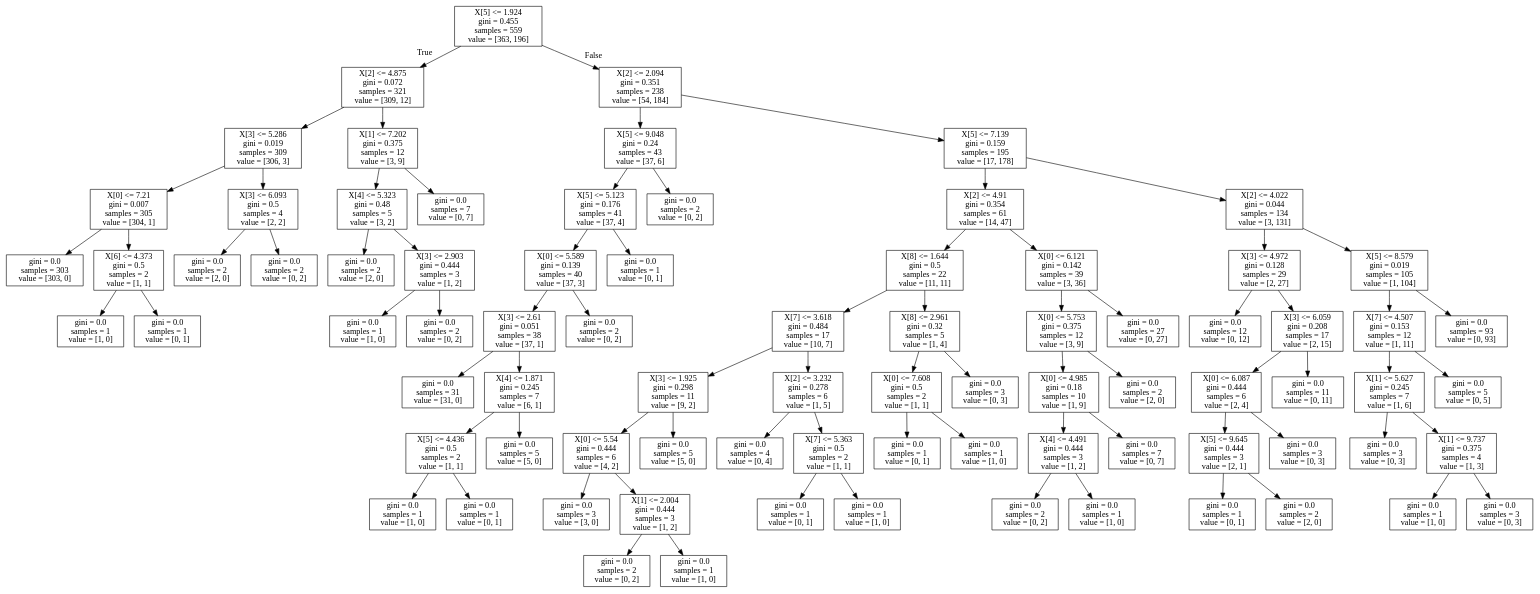
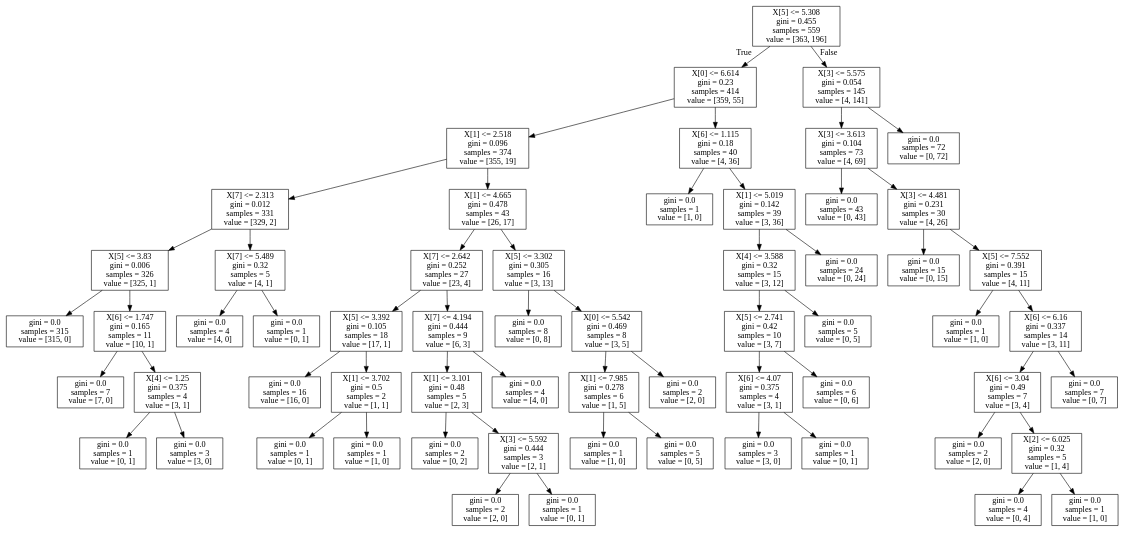
Before and after one commit to bradreardon/cs4641-supervised-learning: the diagram in out/decision_tree_pruning/breastcancer-noprune.dot, drawn with Graphviz. The commit also changed 24 other files, not shown here.

```diff
--- a/out/decision_tree_pruning/breastcancer-noprune.dot
+++ b/out/decision_tree_pruning/breastcancer-noprune.dot
@@ -1,164 +1,124 @@
 digraph Tree {
 node [shape=box] ;
-0 [label="X[5] <= 1.924\ngini = 0.455\nsamples = 559\nvalue = [363, 196]"] ;
-1 [label="X[2] <= 4.875\ngini = 0.072\nsamples = 321\nvalue = [309, 12]"] ;
+0 [label="X[5] <= 5.308\ngini = 0.455\nsamples = 559\nvalue = [363, 196]"] ;
+1 [label="X[0] <= 6.614\ngini = 0.23\nsamples = 414\nvalue = [359, 55]"] ;
 0 -> 1 [labeldistance=2.5, labelangle=45, headlabel="True"] ;
-2 [label="X[3] <= 5.286\ngini = 0.019\nsamples = 309\nvalue = [306, 3]"] ;
+2 [label="X[1] <= 2.518\ngini = 0.096\nsamples = 374\nvalue = [355, 19]"] ;
 1 -> 2 ;
-3 [label="X[0] <= 7.21\ngini = 0.007\nsamples = 305\nvalue = [304, 1]"] ;
+3 [label="X[7] <= 2.313\ngini = 0.012\nsamples = 331\nvalue = [329, 2]"] ;
 2 -> 3 ;
-4 [label="gini = 0.0\nsamples = 303\nvalue = [303, 0]"] ;
+4 [label="X[5] <= 3.83\ngini = 0.006\nsamples = 326\nvalue = [325, 1]"] ;
 3 -> 4 ;
-5 [label="X[6] <= 4.373\ngini = 0.5\nsamples = 2\nvalue = [1, 1]"] ;
-3 -> 5 ;
-6 [label="gini = 0.0\nsamples = 1\nvalue = [1, 0]"] ;
-5 -> 6 ;
-7 [label="gini = 0.0\nsamples = 1\nvalue = [0, 1]"] ;
-5 -> 7 ;
-8 [label="X[3] <= 6.093\ngini = 0.5\nsamples = 4\nvalue = [2, 2]"] ;
-2 -> 8 ;
-9 [label="gini = 0.0\nsamples = 2\nvalue = [2, 0]"] ;
+5 [label="gini = 0.0\nsamples = 315\nvalue = [315, 0]"] ;
+4 -> 5 ;
+6 [label="X[6] <= 1.747\ngini = 0.165\nsamples = 11\nvalue = [10, 1]"] ;
+4 -> 6 ;
+7 [label="gini = 0.0\nsamples = 7\nvalue = [7, 0]"] ;
+6 -> 7 ;
+8 [label="X[4] <= 1.25\ngini = 0.375\nsamples = 4\nvalue = [3, 1]"] ;
+6 -> 8 ;
+9 [label="gini = 0.0\nsamples = 1\nvalue = [0, 1]"] ;
 8 -> 9 ;
-10 [label="gini = 0.0\nsamples = 2\nvalue = [0, 2]"] ;
+10 [label="gini = 0.0\nsamples = 3\nvalue = [3, 0]"] ;
 8 -> 10 ;
-11 [label="X[1] <= 7.202\ngini = 0.375\nsamples = 12\nvalue = [3, 9]"] ;
-1 -> 11 ;
-12 [label="X[4] <= 5.323\ngini = 0.48\nsamples = 5\nvalue = [3, 2]"] ;
+11 [label="X[7] <= 5.489\ngini = 0.32\nsamples = 5\nvalue = [4, 1]"] ;
+3 -> 11 ;
+12 [label="gini = 0.0\nsamples = 4\nvalue = [4, 0]"] ;
 11 -> 12 ;
-13 [label="gini = 0.0\nsamples = 2\nvalue = [2, 0]"] ;
-12 -> 13 ;
-14 [label="X[3] <= 2.903\ngini = 0.444\nsamples = 3\nvalue = [1, 2]"] ;
-12 -> 14 ;
-15 [label="gini = 0.0\nsamples = 1\nvalue = [1, 0]"] ;
+13 [label="gini = 0.0\nsamples = 1\nvalue = [0, 1]"] ;
+11 -> 13 ;
+14 [label="X[1] <= 4.665\ngini = 0.478\nsamples = 43\nvalue = [26, 17]"] ;
+2 -> 14 ;
+15 [label="X[7] <= 2.642\ngini = 0.252\nsamples = 27\nvalue = [23, 4]"] ;
 14 -> 15 ;
-16 [label="gini = 0.0\nsamples = 2\nvalue = [0, 2]"] ;
-14 -> 16 ;
-17 [label="gini = 0.0\nsamples = 7\nvalue = [0, 7]"] ;
-11 -> 17 ;
-18 [label="X[2] <= 2.094\ngini = 0.351\nsamples = 238\nvalue = [54, 184]"] ;
-0 -> 18 [labeldistance=2.5, labelangle=-45, headlabel="False"] ;
-19 [label="X[5] <= 9.048\ngini = 0.24\nsamples = 43\nvalue = [37, 6]"] ;
+16 [label="X[5] <= 3.392\ngini = 0.105\nsamples = 18\nvalue = [17, 1]"] ;
+15 -> 16 ;
+17 [label="gini = 0.0\nsamples = 16\nvalue = [16, 0]"] ;
+16 -> 17 ;
+18 [label="X[1] <= 3.702\ngini = 0.5\nsamples = 2\nvalue = [1, 1]"] ;
+16 -> 18 ;
+19 [label="gini = 0.0\nsamples = 1\nvalue = [0, 1]"] ;
 18 -> 19 ;
-20 [label="X[5] <= 5.123\ngini = 0.176\nsamples = 41\nvalue = [37, 4]"] ;
-19 -> 20 ;
-21 [label="X[0] <= 5.589\ngini = 0.139\nsamples = 40\nvalue = [37, 3]"] ;
-20 -> 21 ;
-22 [label="X[3] <= 2.61\ngini = 0.051\nsamples = 38\nvalue = [37, 1]"] ;
+20 [label="gini = 0.0\nsamples = 1\nvalue = [1, 0]"] ;
+18 -> 20 ;
+21 [label="X[7] <= 4.194\ngini = 0.444\nsamples = 9\nvalue = [6, 3]"] ;
+15 -> 21 ;
+22 [label="X[1] <= 3.101\ngini = 0.48\nsamples = 5\nvalue = [2, 3]"] ;
 21 -> 22 ;
-23 [label="gini = 0.0\nsamples = 31\nvalue = [31, 0]"] ;
+23 [label="gini = 0.0\nsamples = 2\nvalue = [0, 2]"] ;
 22 -> 23 ;
-24 [label="X[4] <= 1.871\ngini = 0.245\nsamples = 7\nvalue = [6, 1]"] ;
+24 [label="X[3] <= 5.592\ngini = 0.444\nsamples = 3\nvalue = [2, 1]"] ;
 22 -> 24 ;
-25 [label="X[5] <= 4.436\ngini = 0.5\nsamples = 2\nvalue = [1, 1]"] ;
+25 [label="gini = 0.0\nsamples = 2\nvalue = [2, 0]"] ;
 24 -> 25 ;
-26 [label="gini = 0.0\nsamples = 1\nvalue = [1, 0]"] ;
-25 -> 26 ;
-27 [label="gini = 0.0\nsamples = 1\nvalue = [0, 1]"] ;
-25 -> 27 ;
-28 [label="gini = 0.0\nsamples = 5\nvalue = [5, 0]"] ;
-24 -> 28 ;
-29 [label="gini = 0.0\nsamples = 2\nvalue = [0, 2]"] ;
-21 -> 29 ;
-30 [label="gini = 0.0\nsamples = 1\nvalue = [0, 1]"] ;
-20 -> 30 ;
-31 [label="gini = 0.0\nsamples = 2\nvalue = [0, 2]"] ;
-19 -> 31 ;
-32 [label="X[5] <= 7.139\ngini = 0.159\nsamples = 195\nvalue = [17, 178]"] ;
-18 -> 32 ;
-33 [label="X[2] <= 4.91\ngini = 0.354\nsamples = 61\nvalue = [14, 47]"] ;
-32 -> 33 ;
-34 [label="X[8] <= 1.644\ngini = 0.5\nsamples = 22\nvalue = [11, 11]"] ;
-33 -> 34 ;
-35 [label="X[7] <= 3.618\ngini = 0.484\nsamples = 17\nvalue = [10, 7]"] ;
-34 -> 35 ;
-36 [label="X[3] <= 1.925\ngini = 0.298\nsamples = 11\nvalue = [9, 2]"] ;
+26 [label="gini = 0.0\nsamples = 1\nvalue = [0, 1]"] ;
+24 -> 26 ;
+27 [label="gini = 0.0\nsamples = 4\nvalue = [4, 0]"] ;
+21 -> 27 ;
+28 [label="X[5] <= 3.302\ngini = 0.305\nsamples = 16\nvalue = [3, 13]"] ;
+14 -> 28 ;
+29 [label="gini = 0.0\nsamples = 8\nvalue = [0, 8]"] ;
+28 -> 29 ;
+30 [label="X[0] <= 5.542\ngini = 0.469\nsamples = 8\nvalue = [3, 5]"] ;
+28 -> 30 ;
+31 [label="X[1] <= 7.985\ngini = 0.278\nsamples = 6\nvalue = [1, 5]"] ;
+30 -> 31 ;
+32 [label="gini = 0.0\nsamples = 1\nvalue = [1, 0]"] ;
+31 -> 32 ;
+33 [label="gini = 0.0\nsamples = 5\nvalue = [0, 5]"] ;
+31 -> 33 ;
+34 [label="gini = 0.0\nsamples = 2\nvalue = [2, 0]"] ;
+30 -> 34 ;
+35 [label="X[6] <= 1.115\ngini = 0.18\nsamples = 40\nvalue = [4, 36]"] ;
+1 -> 35 ;
+36 [label="gini = 0.0\nsamples = 1\nvalue = [1, 0]"] ;
 35 -> 36 ;
-37 [label="X[0] <= 5.54\ngini = 0.444\nsamples = 6\nvalue = [4, 2]"] ;
-36 -> 37 ;
-38 [label="gini = 0.0\nsamples = 3\nvalue = [3, 0]"] ;
+37 [label="X[1] <= 5.019\ngini = 0.142\nsamples = 39\nvalue = [3, 36]"] ;
+35 -> 37 ;
+38 [label="X[4] <= 3.588\ngini = 0.32\nsamples = 15\nvalue = [3, 12]"] ;
 37 -> 38 ;
-39 [label="X[1] <= 2.004\ngini = 0.444\nsamples = 3\nvalue = [1, 2]"] ;
-37 -> 39 ;
-40 [label="gini = 0.0\nsamples = 2\nvalue = [0, 2]"] ;
+39 [label="X[5] <= 2.741\ngini = 0.42\nsamples = 10\nvalue = [3, 7]"] ;
+38 -> 39 ;
+40 [label="X[6] <= 4.07\ngini = 0.375\nsamples = 4\nvalue = [3, 1]"] ;
 39 -> 40 ;
-41 [label="gini = 0.0\nsamples = 1\nvalue = [1, 0]"] ;
-39 -> 41 ;
-42 [label="gini = 0.0\nsamples = 5\nvalue = [5, 0]"] ;
-36 -> 42 ;
-43 [label="X[2] <= 3.232\ngini = 0.278\nsamples = 6\nvalue = [1, 5]"] ;
-35 -> 43 ;
-44 [label="gini = 0.0\nsamples = 4\nvalue = [0, 4]"] ;
-43 -> 44 ;
-45 [label="X[7] <= 5.363\ngini = 0.5\nsamples = 2\nvalue = [1, 1]"] ;
-43 -> 45 ;
-46 [label="gini = 0.0\nsamples = 1\nvalue = [0, 1]"] ;
-45 -> 46 ;
-47 [label="gini = 0.0\nsamples = 1\nvalue = [1, 0]"] ;
-45 -> 47 ;
-48 [label="X[8] <= 2.961\ngini = 0.32\nsamples = 5\nvalue = [1, 4]"] ;
-34 -> 48 ;
-49 [label="X[0] <= 7.608\ngini = 0.5\nsamples = 2\nvalue = [1, 1]"] ;
-48 -> 49 ;
-50 [label="gini = 0.0\nsamples = 1\nvalue = [0, 1]"] ;
+41 [label="gini = 0.0\nsamples = 3\nvalue = [3, 0]"] ;
+40 -> 41 ;
+42 [label="gini = 0.0\nsamples = 1\nvalue = [0, 1]"] ;
+40 -> 42 ;
+43 [label="gini = 0.0\nsamples = 6\nvalue = [0, 6]"] ;
+39 -> 43 ;
+44 [label="gini = 0.0\nsamples = 5\nvalue = [0, 5]"] ;
+38 -> 44 ;
+45 [label="gini = 0.0\nsamples = 24\nvalue = [0, 24]"] ;
+37 -> 45 ;
+46 [label="X[3] <= 5.575\ngini = 0.054\nsamples = 145\nvalue = [4, 141]"] ;
+0 -> 46 [labeldistance=2.5, labelangle=-45, headlabel="False"] ;
+47 [label="X[3] <= 3.613\ngini = 0.104\nsamples = 73\nvalue = [4, 69]"] ;
+46 -> 47 ;
+48 [label="gini = 0.0\nsamples = 43\nvalue = [0, 43]"] ;
+47 -> 48 ;
+49 [label="X[3] <= 4.481\ngini = 0.231\nsamples = 30\nvalue = [4, 26]"] ;
+47 -> 49 ;
+50 [label="gini = 0.0\nsamples = 15\nvalue = [0, 15]"] ;
 49 -> 50 ;
-51 [label="gini = 0.0\nsamples = 1\nvalue = [1, 0]"] ;
+51 [label="X[5] <= 7.552\ngini = 0.391\nsamples = 15\nvalue = [4, 11]"] ;
 49 -> 51 ;
-52 [label="gini = 0.0\nsamples = 3\nvalue = [0, 3]"] ;
-48 -> 52 ;
-53 [label="X[0] <= 6.121\ngini = 0.142\nsamples = 39\nvalue = [3, 36]"] ;
-33 -> 53 ;
-54 [label="X[0] <= 5.753\ngini = 0.375\nsamples = 12\nvalue = [3, 9]"] ;
+52 [label="gini = 0.0\nsamples = 1\nvalue = [1, 0]"] ;
+51 -> 52 ;
+53 [label="X[6] <= 6.16\ngini = 0.337\nsamples = 14\nvalue = [3, 11]"] ;
+51 -> 53 ;
+54 [label="X[6] <= 3.04\ngini = 0.49\nsamples = 7\nvalue = [3, 4]"] ;
 53 -> 54 ;
-55 [label="X[0] <= 4.985\ngini = 0.18\nsamples = 10\nvalue = [1, 9]"] ;
+55 [label="gini = 0.0\nsamples = 2\nvalue = [2, 0]"] ;
 54 -> 55 ;
-56 [label="X[4] <= 4.491\ngini = 0.444\nsamples = 3\nvalue = [1, 2]"] ;
-55 -> 56 ;
-57 [label="gini = 0.0\nsamples = 2\nvalue = [0, 2]"] ;
+56 [label="X[2] <= 6.025\ngini = 0.32\nsamples = 5\nvalue = [1, 4]"] ;
+54 -> 56 ;
+57 [label="gini = 0.0\nsamples = 4\nvalue = [0, 4]"] ;
 56 -> 57 ;
 58 [label="gini = 0.0\nsamples = 1\nvalue = [1, 0]"] ;
 56 -> 58 ;
 59 [label="gini = 0.0\nsamples = 7\nvalue = [0, 7]"] ;
-55 -> 59 ;
-60 [label="gini = 0.0\nsamples = 2\nvalue = [2, 0]"] ;
-54 -> 60 ;
-61 [label="gini = 0.0\nsamples = 27\nvalue = [0, 27]"] ;
-53 -> 61 ;
-62 [label="X[2] <= 4.022\ngini = 0.044\nsamples = 134\nvalue = [3, 131]"] ;
-32 -> 62 ;
-63 [label="X[3] <= 4.972\ngini = 0.128\nsamples = 29\nvalue = [2, 27]"] ;
-62 -> 63 ;
-64 [label="gini = 0.0\nsamples = 12\nvalue = [0, 12]"] ;
-63 -> 64 ;
-65 [label="X[3] <= 6.059\ngini = 0.208\nsamples = 17\nvalue = [2, 15]"] ;
-63 -> 65 ;
-66 [label="X[0] <= 6.087\ngini = 0.444\nsamples = 6\nvalue = [2, 4]"] ;
-65 -> 66 ;
-67 [label="X[5] <= 9.645\ngini = 0.444\nsamples = 3\nvalue = [2, 1]"] ;
-66 -> 67 ;
-68 [label="gini = 0.0\nsamples = 1\nvalue = [0, 1]"] ;
-67 -> 68 ;
-69 [label="gini = 0.0\nsamples = 2\nvalue = [2, 0]"] ;
-67 -> 69 ;
-70 [label="gini = 0.0\nsamples = 3\nvalue = [0, 3]"] ;
-66 -> 70 ;
-71 [label="gini = 0.0\nsamples = 11\nvalue = [0, 11]"] ;
-65 -> 71 ;
-72 [label="X[5] <= 8.579\ngini = 0.019\nsamples = 105\nvalue = [1, 104]"] ;
-62 -> 72 ;
-73 [label="X[7] <= 4.507\ngini = 0.153\nsamples = 12\nvalue = [1, 11]"] ;
-72 -> 73 ;
-74 [label="X[1] <= 5.627\ngini = 0.245\nsamples = 7\nvalue = [1, 6]"] ;
-73 -> 74 ;
-75 [label="gini = 0.0\nsamples = 3\nvalue = [0, 3]"] ;
-74 -> 75 ;
-76 [label="X[1] <= 9.737\ngini = 0.375\nsamples = 4\nvalue = [1, 3]"] ;
-74 -> 76 ;
-77 [label="gini = 0.0\nsamples = 1\nvalue = [1, 0]"] ;
-76 -> 77 ;
-78 [label="gini = 0.0\nsamples = 3\nvalue = [0, 3]"] ;
-76 -> 78 ;
-79 [label="gini = 0.0\nsamples = 5\nvalue = [0, 5]"] ;
-73 -> 79 ;
-80 [label="gini = 0.0\nsamples = 93\nvalue = [0, 93]"] ;
-72 -> 80 ;
+53 -> 59 ;
+60 [label="gini = 0.0\nsamples = 72\nvalue = [0, 72]"] ;
+46 -> 60 ;
 }
```
